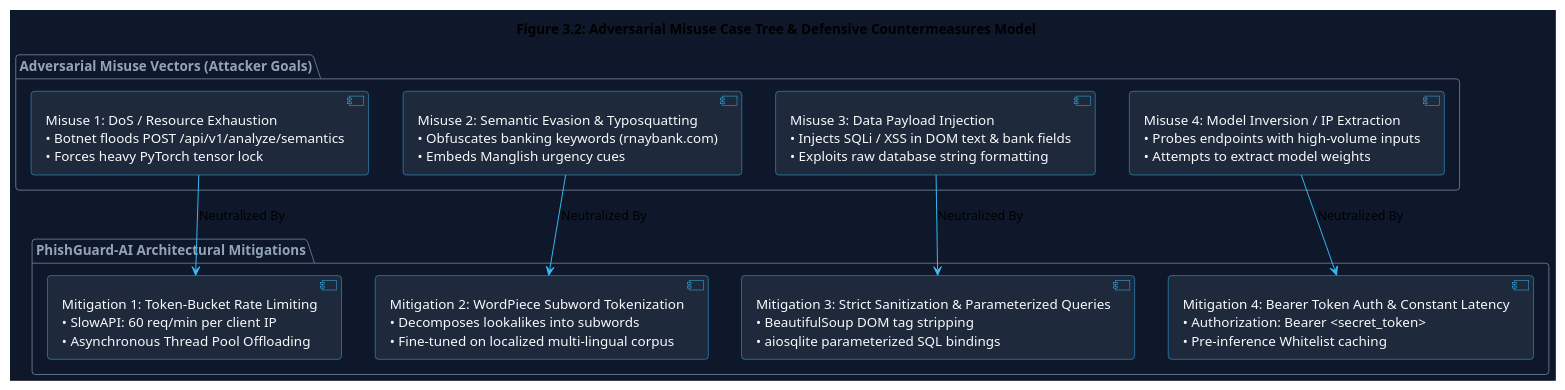
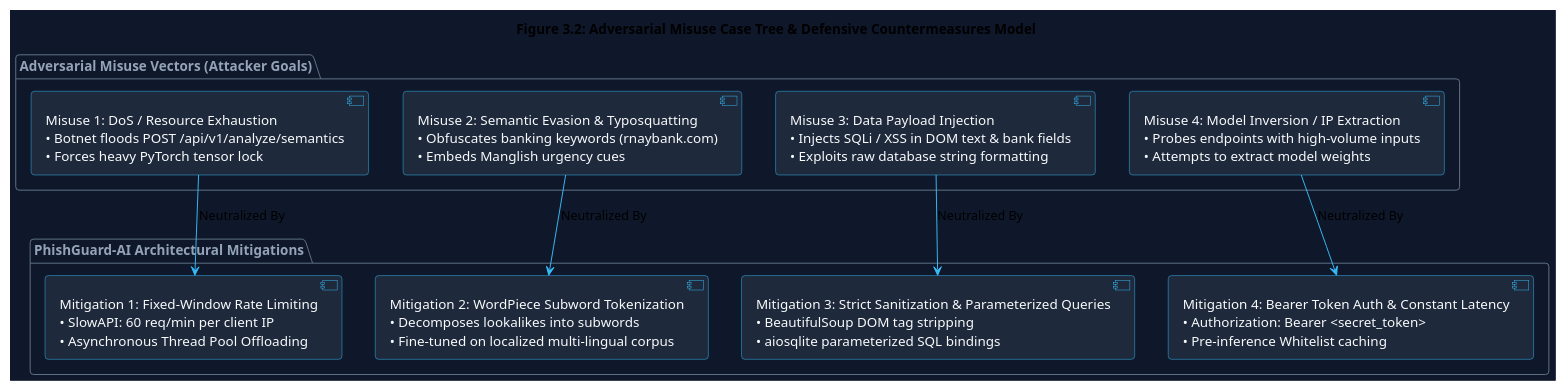
One commit to KunTheNoobie/PhishGuard-AI-Complete changed the second of 4 diagrams in report/diagrams/Chapter_3_Diagrams.puml. Above: the diagram before and after it, drawn with PlantUML. The commit also changed other lines of this file and 104 other files, not shown here.

```diff
--- a/report/diagrams/Chapter_3_Diagrams.puml
+++ b/report/diagrams/Chapter_3_Diagrams.puml
@@ -49,32 +49,32 @@
 @startuml Misuse_Case_Tree_Chapter_3
 !theme vibrant
 skinparam backgroundColor #0f172a
 skinparam ArrowColor #38bdf8
 skinparam ComponentBorderColor #38bdf8
 skinparam ComponentBackgroundColor #1e293b
 skinparam ComponentFontColor #f8fafc
 skinparam PackageBorderColor #64748b
 skinparam PackageFontColor #94a3b8
 
 title Figure 3.2: Adversarial Misuse Case Tree & Defensive Countermeasures Model
 
 package "Adversarial Misuse Vectors (Attacker Goals)" {
     [Misuse 1: DoS / Resource Exhaustion\n• Botnet floods POST /api/v1/analyze/semantics\n• Forces heavy PyTorch tensor lock] as Misuse1
     [Misuse 2: Semantic Evasion & Typosquatting\n• Obfuscates banking keywords (rnaybank.com)\n• Embeds Manglish urgency cues] as Misuse2
     [Misuse 3: Data Payload Injection\n• Injects SQLi / XSS in DOM text & bank fields\n• Exploits raw database string formatting] as Misuse3
     [Misuse 4: Model Inversion / IP Extraction\n• Probes endpoints with high-volume inputs\n• Attempts to extract model weights] as Misuse4
 }
 
 package "PhishGuard-AI Architectural Mitigations" {
-    [Mitigation 1: Token-Bucket Rate Limiting\n• SlowAPI: 60 req/min per client IP\n• Asynchronous Thread Pool Offloading] as Mit1
+    [Mitigation 1: Fixed-Window Rate Limiting\n• SlowAPI: 60 req/min per client IP\n• Asynchronous Thread Pool Offloading] as Mit1
     [Mitigation 2: WordPiece Subword Tokenization\n• Decomposes lookalikes into subwords\n• Fine-tuned on localized multi-lingual corpus] as Mit2
     [Mitigation 3: Strict Sanitization & Parameterized Queries\n• BeautifulSoup DOM tag stripping\n• aiosqlite parameterized SQL bindings] as Mit3
     [Mitigation 4: Bearer Token Auth & Constant Latency\n• Authorization: Bearer <secret_token>\n• Pre-inference Whitelist caching] as Mit4
 }
 
 Misuse1 -down-> Mit1 : Neutralized By
 Misuse2 -down-> Mit2 : Neutralized By
 Misuse3 -down-> Mit3 : Neutralized By
 Misuse4 -down-> Mit4 : Neutralized By
 
 @enduml
```
